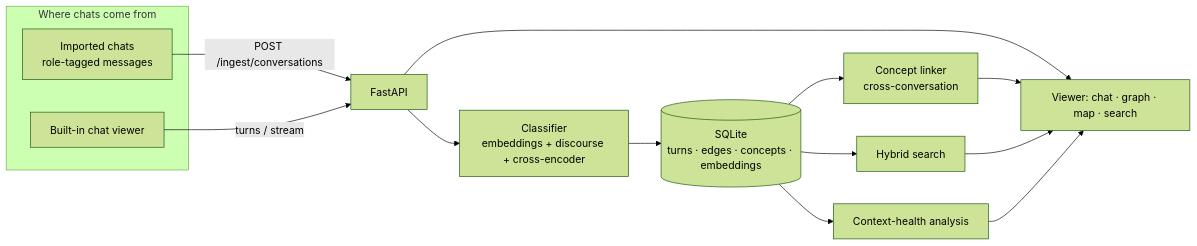
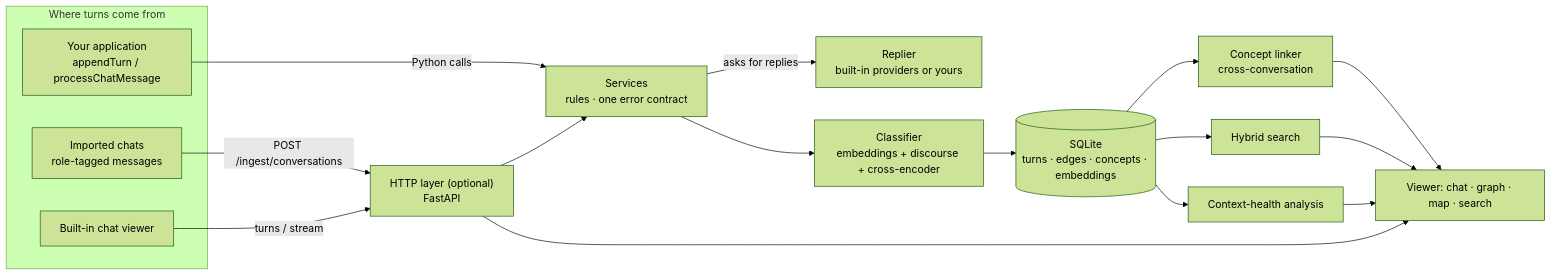
The diagram in README.md (ZergFromZ0rg/ai-conversation-tree), drawn with Mermaid (forest theme) before and after one commit. The commit also changed other lines of this file and 1 other file, not shown here.

````diff
--- a/README.md
+++ b/README.md
@@ -60,18 +62,22 @@
 ```mermaid
 flowchart LR
-    subgraph sources[Where chats come from]
+    subgraph sources[Where turns come from]
+        HOST["Your application<br/>appendTurn / processChatMessage"]
         IMP["Imported chats<br/>role-tagged messages"]
         UI["Built-in chat viewer"]
     end
+    HOST -- "Python calls" --> SVC
     IMP -- "POST /ingest/conversations" --> API
     UI -- "turns / stream" --> API
-    API["FastAPI"] --> CLS["Classifier<br/>embeddings + discourse + cross-encoder"]
+    API["HTTP layer (optional)<br/>FastAPI"] --> SVC["Services<br/>rules · one error contract"]
+    SVC -- "asks for replies" --> REP["Replier<br/>built-in providers or yours"]
+    SVC --> CLS["Classifier<br/>embeddings + discourse + cross-encoder"]
     CLS --> DB[("SQLite<br/>turns · edges · concepts · embeddings")]
     DB --> CON["Concept linker<br/>cross-conversation"]
     DB --> SRCH["Hybrid search"]
     DB --> CTX["Context-health analysis"]
     API --> VIEW["Viewer: chat · graph · map · search"]
     CON --> VIEW
     SRCH --> VIEW
     CTX --> VIEW
 ```
````
